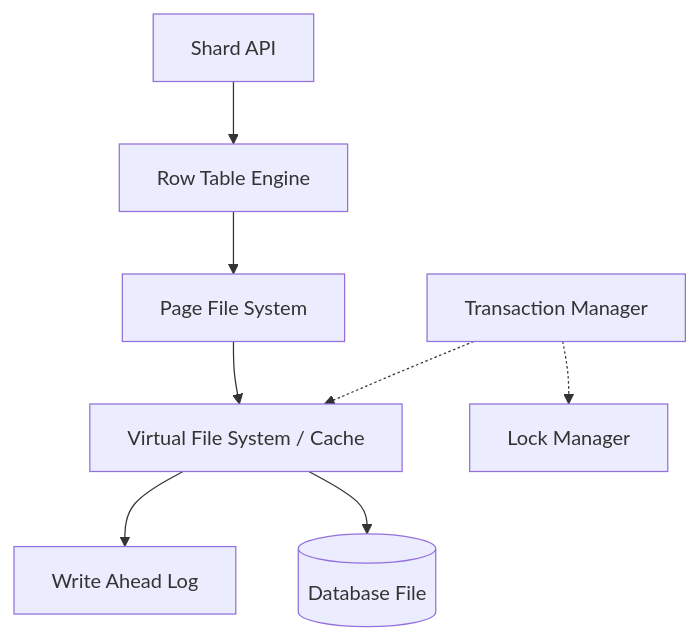
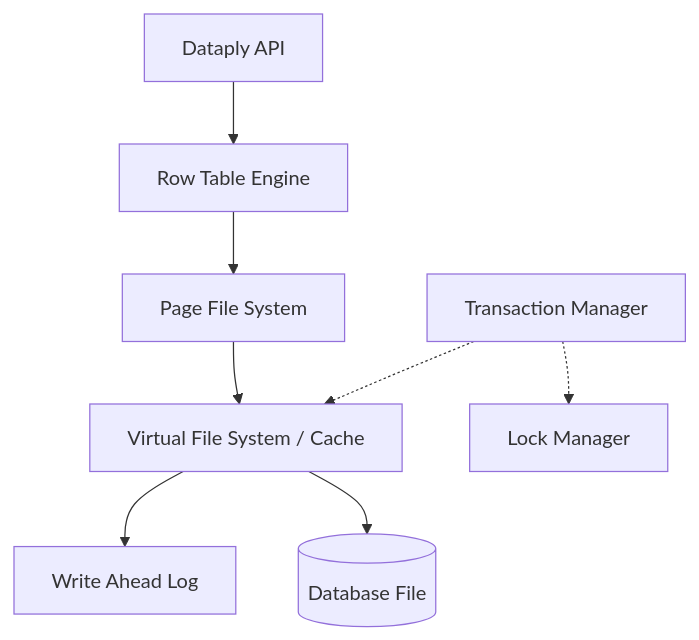
Before and after one commit to izure1/dataply: the diagram in readme.md, drawn with Mermaid. The commit also changed other lines of this file and 21 other files, not shown here.

````diff
--- a/readme.md
+++ b/readme.md
@@ -167,11 +167,11 @@
 ```mermaid
 graph TD
-    API[Shard API] --> RTE[Row Table Engine]
+    API[Dataply API] --> RTE[Row Table Engine]
     RTE --> PFS[Page File System]
     PFS --> VFS[Virtual File System / Cache]
     VFS --> WAL[Write Ahead Log]
     VFS --> DISK[(Database File)]
     
     TX[Transaction Manager] -.-> VFS
     TX -.-> LM[Lock Manager]
 ```
````
